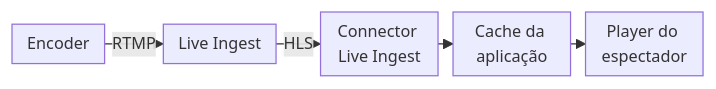
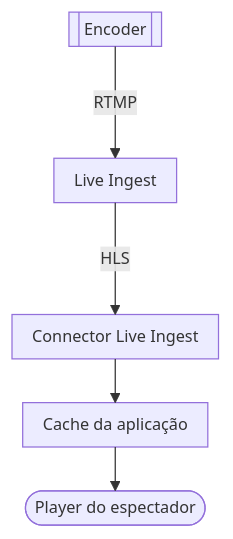
One commit to aziontech/docs changed the diagram in apps/docs/src/content/docs/pt-br/pages/secure/live-ingest/ingestao-e-entrega.mdx. Above: the diagram before and after it, drawn with Mermaid. The commit also changed 179 other files, not shown here.

Commit message:
docs(diagrams): redraw every other diagram in the use-case diagram style (#2513)

````diff
--- a/apps/docs/src/content/docs/pt-br/pages/secure/live-ingest/ingestao-e-entrega.mdx
+++ b/apps/docs/src/content/docs/pt-br/pages/secure/live-ingest/ingestao-e-entrega.mdx
@@ -58,8 +58,8 @@
 ```mermaid
-%%{init: {"layout": "dagre", "themeVariables": {"fontSize": "13px"}, "flowchart": {"nodeSpacing": 12, "rankSpacing": 12, "padding": 6, "wrappingWidth": 70, "minNodeWidth": 40, "useMaxWidth": true}}}%%
-flowchart LR
-  Enc["Encoder"] -->|"RTMP"| LI["Live Ingest"]
+%%{init: {"layout": "elk", "themeVariables": {"fontSize": "13px"}, "flowchart": {"nodeSpacing": 24, "rankSpacing": 36, "padding": 8, "wrappingWidth": 150, "useMaxWidth": true}, "sequence": {"width": 120, "actorMargin": 30, "useMaxWidth": true}}}%%
+flowchart TD
+  Enc[["Encoder"]] -->|"RTMP"| LI["Live Ingest"]
   LI -->|"HLS"| Conn["Connector Live Ingest"]
   Conn --> App["Cache da aplicação"]
-  App --> Player["Player do espectador"]
+  App --> Player(["Player do espectador"])
 ```
````
